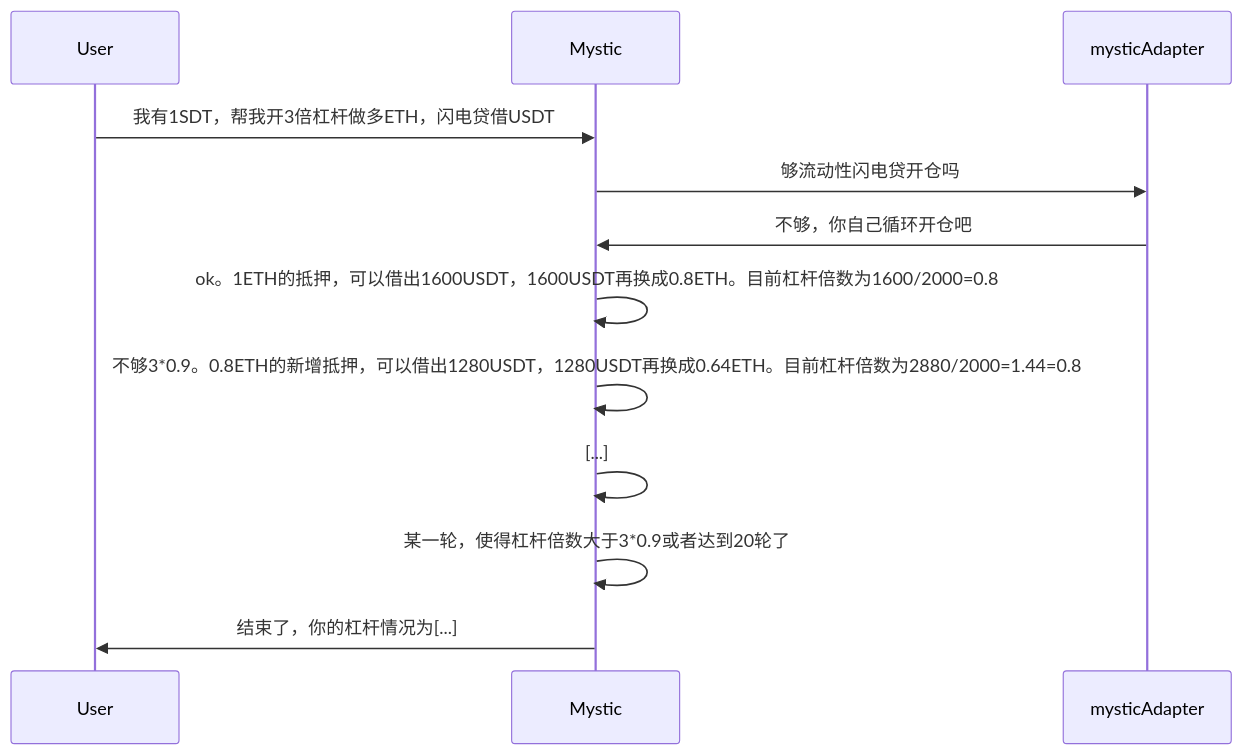
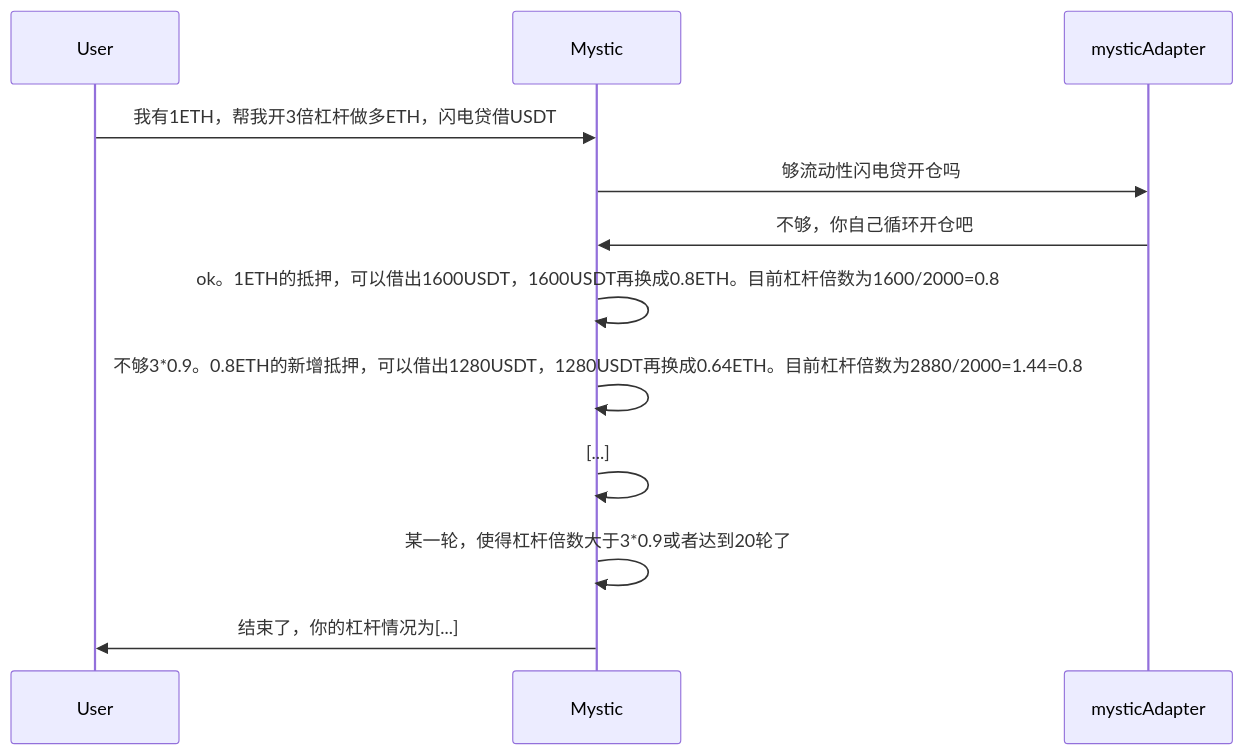
One commit to chen4903/chen4903.github.io changed the fourth of 5 diagrams in _posts/2025-05-17-leverage-in-defi.md. Above: the diagram before and after it, drawn with Mermaid.

Commit message:
chore: fix minor stuff

````diff
--- a/_posts/2025-05-17-leverage-in-defi.md
+++ b/_posts/2025-05-17-leverage-in-defi.md
@@ -308,13 +308,13 @@
 ```mermaid
 sequenceDiagram
-    User->>Mystic: 我有1SDT，帮我开3倍杠杆做多ETH，闪电贷借USDT
+    User->>Mystic: 我有1ETH，帮我开3倍杠杆做多ETH，闪电贷借USDT
     Mystic->>mysticAdapter: 够流动性闪电贷开仓吗
     mysticAdapter->>Mystic: 不够，你自己循环开仓吧
     
 		Mystic->>Mystic: ok。1ETH的抵押，可以借出1600USDT，1600USDT再换成0.8ETH。目前杠杆倍数为1600/2000=0.8
 		Mystic->>Mystic: 不够3*0.9。0.8ETH的新增抵押，可以借出1280USDT，1280USDT再换成0.64ETH。目前杠杆倍数为2880/2000=1.44=0.8
 		Mystic->>Mystic: [...]
 		Mystic->>Mystic: 某一轮，使得杠杆倍数大于3*0.9或者达到20轮了
 		
 		Mystic->>User: 结束了，你的杠杆情况为[...]
 ```
````
